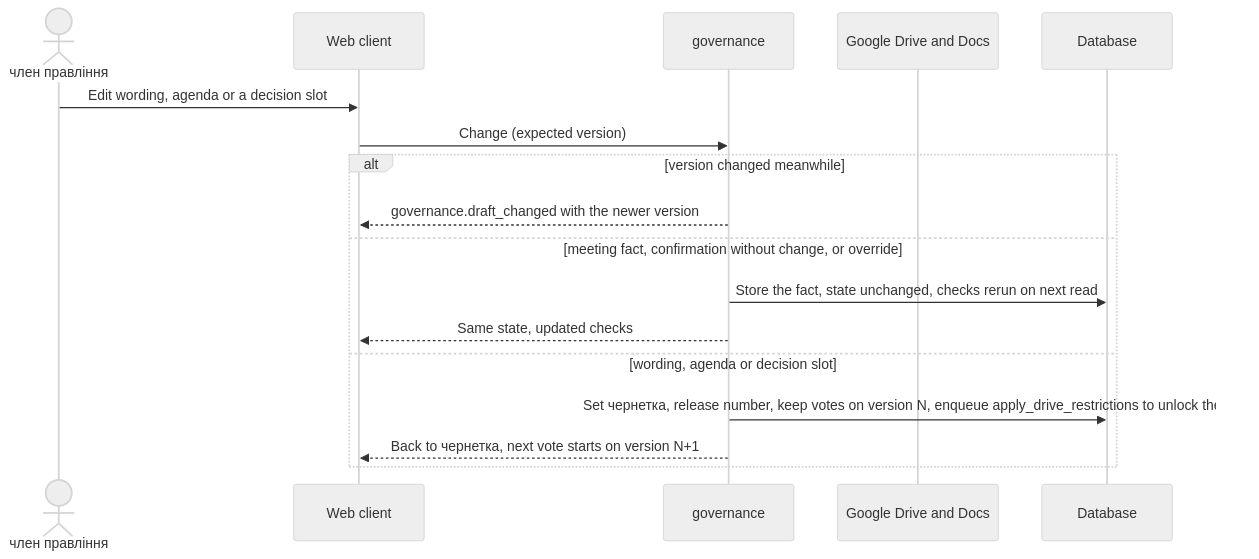
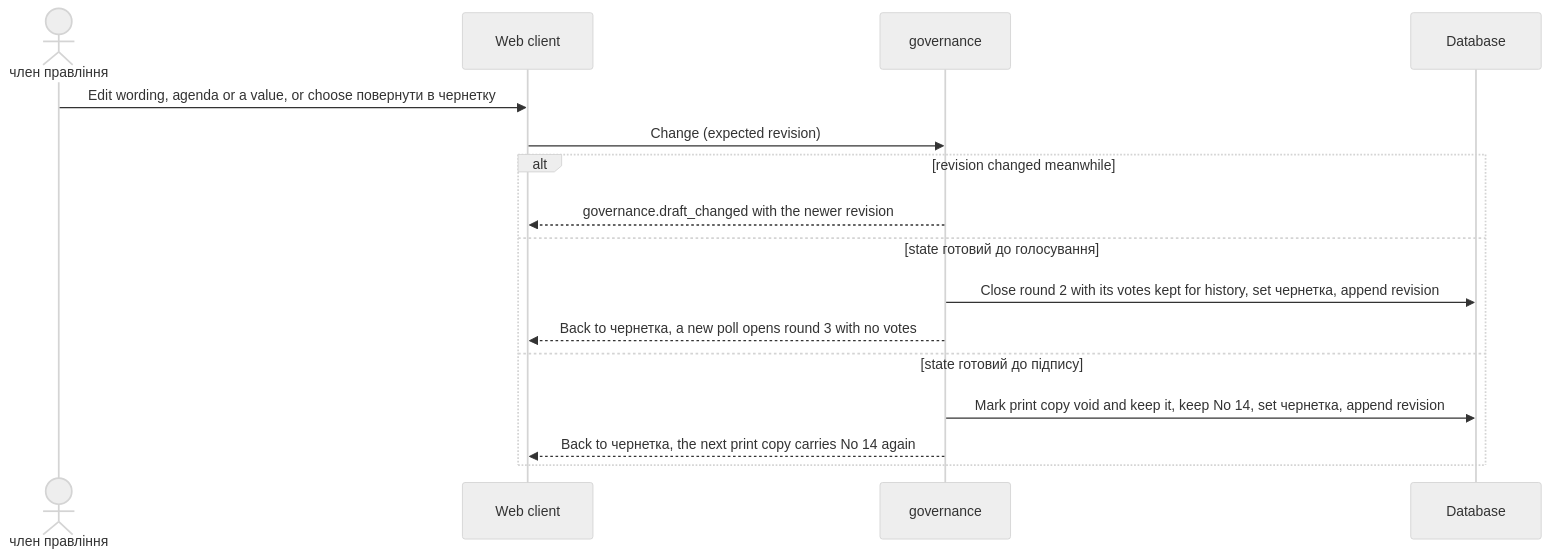
The sixth of 13 diagrams in docs/features/board-protocol/sad.ao-architecture.md (AndriiOpryshko/spilno), drawn with Mermaid (neutral theme) before and after one commit. The commit also changed other lines of this file and 21 other files, not shown here.

First line of the commit message:
board-protocol: align ao-architecture SAD with Stage 1 scope and the shared decisions

````diff
--- a/docs/features/board-protocol/sad.ao-architecture.md
+++ b/docs/features/board-protocol/sad.ao-architecture.md
@@ -317,19 +322,18 @@
 ```mermaid
 sequenceDiagram
     actor M as член правління
     participant web as Web client
     participant gov as governance
-    participant drive as Google Drive and Docs
     participant db as Database
-    M->>web: Edit wording, agenda or a decision slot
-    web->>gov: Change (expected version)
-    alt version changed meanwhile
-        gov-->>web: governance.draft_changed with the newer version
-    else meeting fact, confirmation without change, or override
-        gov->>db: Store the fact, state unchanged, checks rerun on next read
-        gov-->>web: Same state, updated checks
-    else wording, agenda or decision slot
-        gov->>db: Set чернетка, release number, keep votes on version N, enqueue apply_drive_restrictions to unlock the Doc
-        gov-->>web: Back to чернетка, next vote starts on version N+1
+    M->>web: Edit wording, agenda or a value, or choose повернути в чернетку
+    web->>gov: Change (expected revision)
+    alt revision changed meanwhile
+        gov-->>web: governance.draft_changed with the newer revision
+    else state готовий до голосування
+        gov->>db: Close round 2 with its votes kept for history, set чернетка, append revision
+        gov-->>web: Back to чернетка, a new poll opens round 3 with no votes
+    else state готовий до підпису
+        gov->>db: Mark print copy void and keep it, keep No 14, set чернетка, append revision
+        gov-->>web: Back to чернетка, the next print copy carries No 14 again
     end
 ```
````
